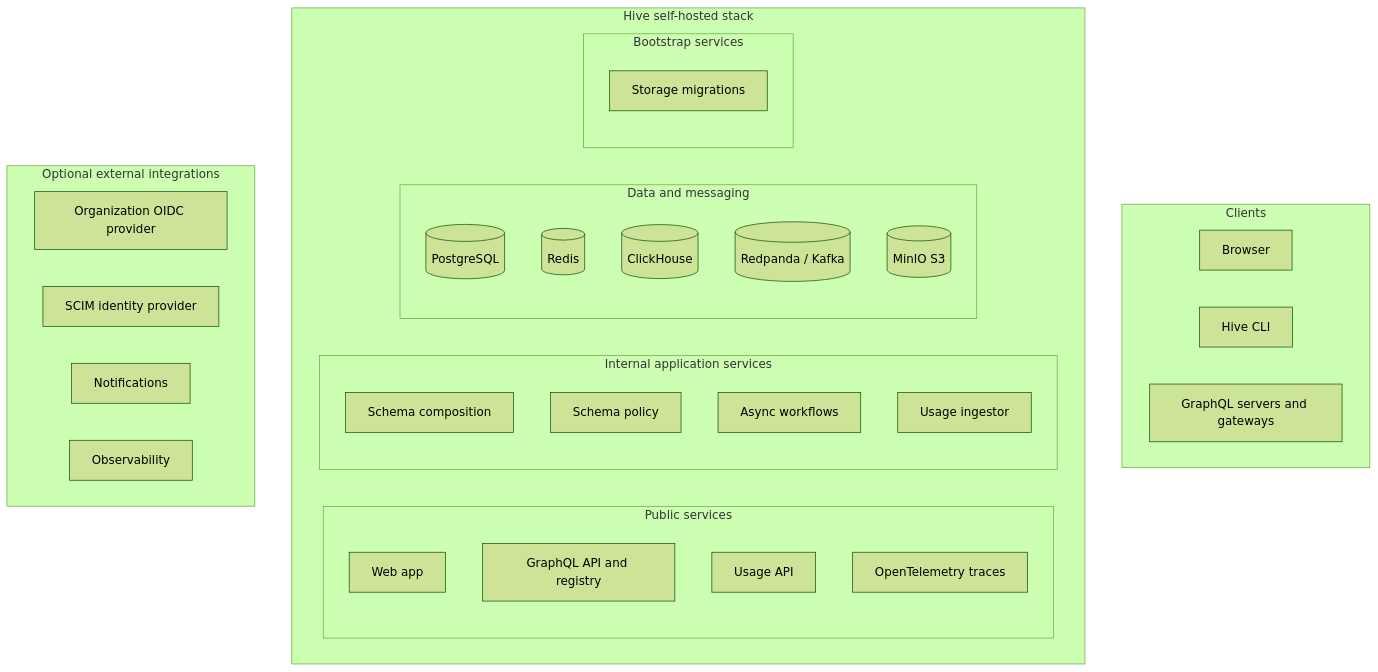
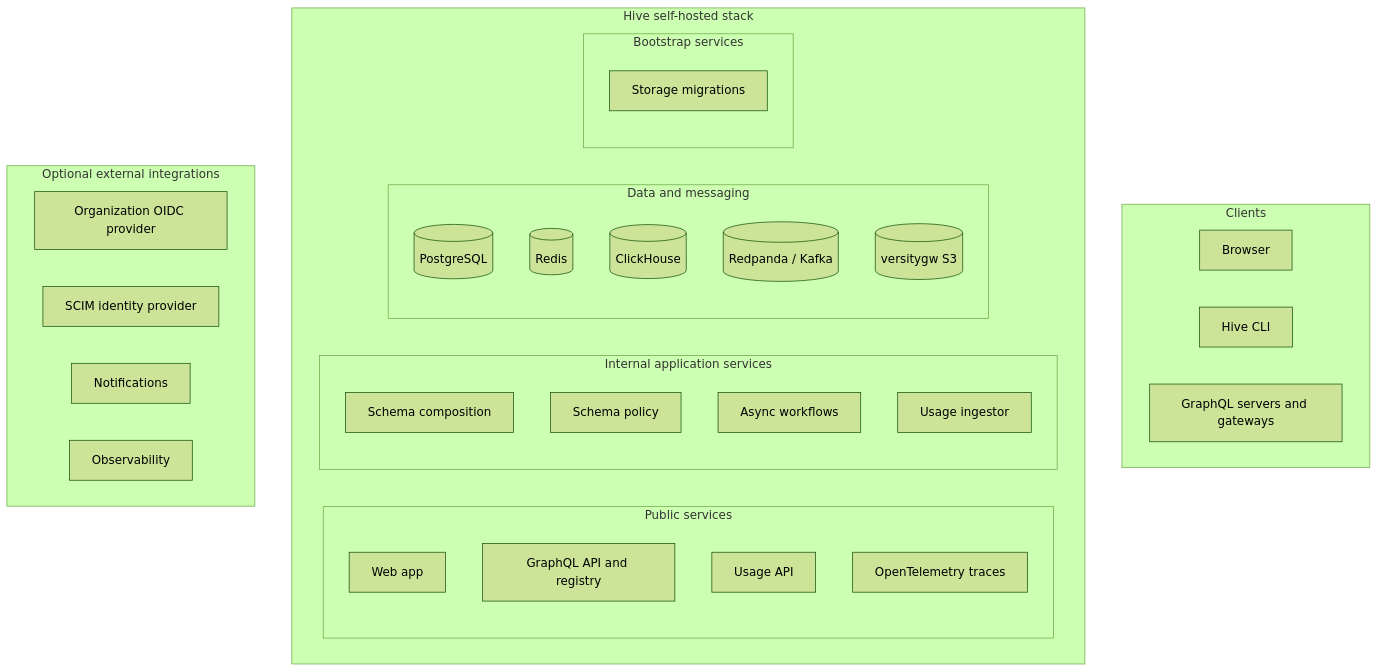
Before and after one commit to graphql-hive/console: the first of 2 diagrams in docs/ARCHITECTURE.md, drawn with Mermaid (forest theme). The commit also changed other lines of this file and 11 other files, not shown here.

````diff
--- a/docs/ARCHITECTURE.md
+++ b/docs/ARCHITECTURE.md
@@ -12,43 +12,43 @@
 ```mermaid
 flowchart TB
   subgraph clients[Clients]
     browser[Browser]
     registry[Hive CLI]
     graphql[GraphQL servers and gateways]
   end
 
   subgraph hive[Hive self-hosted stack]
     subgraph public[Public services]
       app[Web app]
       server[GraphQL API and registry]
       usage[Usage API]
       otel[OpenTelemetry traces]
     end
 
     subgraph application[Internal application services]
       schema[Schema composition]
       policy[Schema policy]
       workflows[Async workflows]
       ingestor[Usage ingestor]
     end
 
     subgraph data[Data and messaging]
       postgres[(PostgreSQL)]
       redis[(Redis)]
       clickhouse[(ClickHouse)]
       broker[(Redpanda / Kafka)]
-      s3[(MinIO S3)]
+      s3[(versitygw S3)]
     end
 
     subgraph bootstrap[Bootstrap services]
       migrations[Storage migrations]
     end
   end
 
   subgraph external[Optional external integrations]
     oidc[Organization OIDC provider]
     scim[SCIM identity provider]
     notifications[Notifications]
     observability[Observability]
   end
 ```
````
